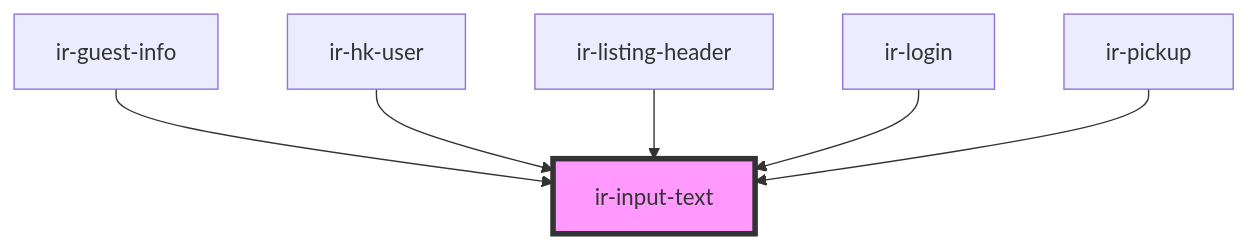
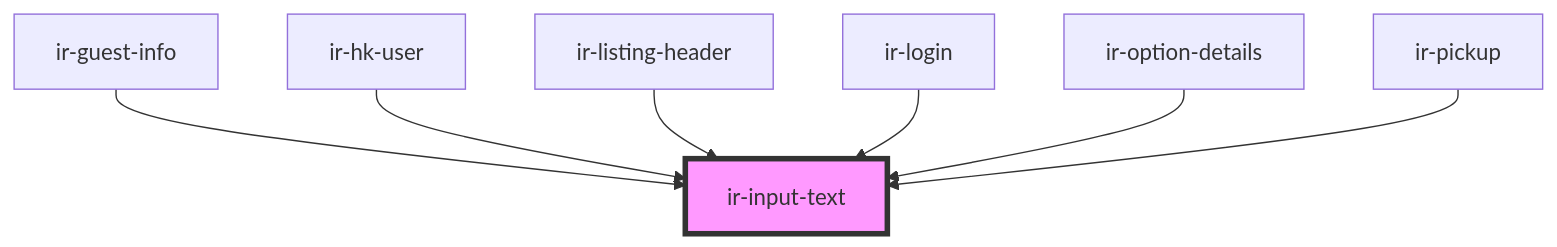
Before and after one commit to David1Chowaifaty/modified-ir-webcmp: the diagram in src/components/ir-input-text/readme.md, drawn with Mermaid. The commit also changed other lines of this file and 41 other files, not shown here.

````diff
--- a/src/components/ir-input-text/readme.md
+++ b/src/components/ir-input-text/readme.md
@@ -54,9 +55,10 @@
 ```mermaid
 graph TD;
   ir-guest-info --> ir-input-text
   ir-hk-user --> ir-input-text
   ir-listing-header --> ir-input-text
   ir-login --> ir-input-text
+  ir-option-details --> ir-input-text
   ir-pickup --> ir-input-text
   style ir-input-text fill:#f9f,stroke:#333,stroke-width:4px
 ```
````
